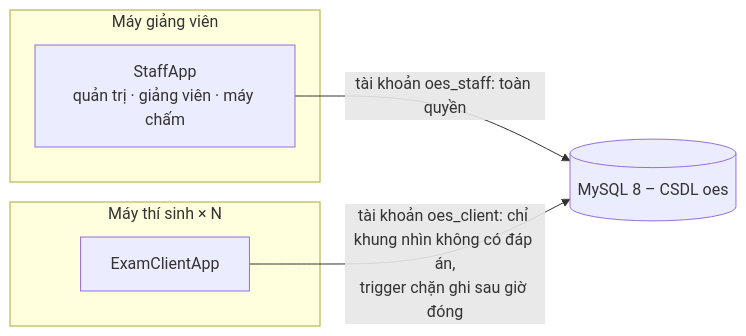
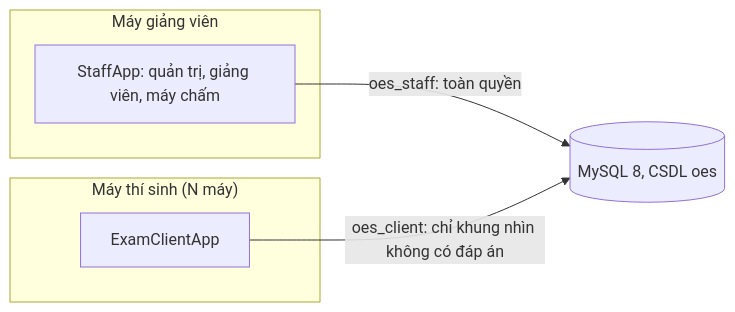
Before and after one commit to hoanghero125/online-examination-system: the diagram in README.md, drawn with Mermaid. The commit also changed other lines of this file and 39 other files, not shown here.

First line of the commit message:
scripts: dựng và chạy dự án bằng một lệnh trên Windows và Linux; sơ đồ ERD, lớp, tuần tự; bỏ emoji

````diff
--- a/README.md
+++ b/README.md
@@ -117,12 +87,12 @@
 ```mermaid
 flowchart LR
     subgraph GV["Máy giảng viên"]
-        S["StaffApp<br/>quản trị · giảng viên · máy chấm"]
+        S["StaffApp: quản trị, giảng viên, máy chấm"]
     end
-    subgraph TS["Máy thí sinh × N"]
+    subgraph TS["Máy thí sinh (N máy)"]
         C["ExamClientApp"]
     end
-    DB[("MySQL 8 – CSDL oes")]
-    S -- "tài khoản oes_staff: toàn quyền" --> DB
-    C -- "tài khoản oes_client: chỉ khung nhìn không có đáp án,<br/>trigger chặn ghi sau giờ đóng" --> DB
+    DB[("MySQL 8, CSDL oes")]
+    S -- "oes_staff: toàn quyền" --> DB
+    C -- "oes_client: chỉ khung nhìn không có đáp án" --> DB
 ```
````
